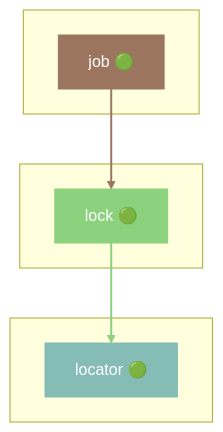
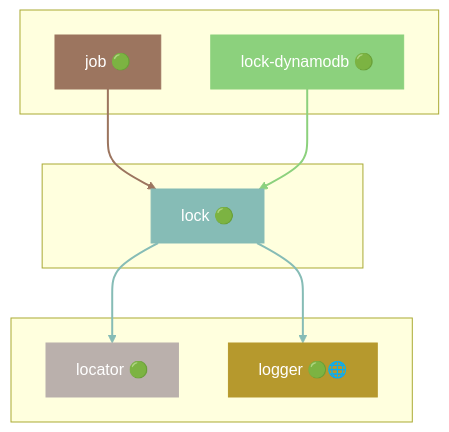
One commit to grest-ts/grest-ts changed diagram 30 of 48 in docs/DEPENDENCIES.md. Above: the diagram before and after it, drawn with Mermaid. The commit also changed other lines of this file and 54 other files, not shown here.

First line of the commit message:
lock as the foundation: @grest-ts/lock-dynamodb, withLock, release cooldown; job takes any GGLock

````diff
--- a/docs/DEPENDENCIES.md
+++ b/docs/DEPENDENCIES.md
@@ -1575,19 +1563,27 @@
 ```mermaid
 flowchart TB
     subgraph Dependents[" "]
         job["job 🟢"]
+        lock-dynamodb["lock-dynamodb 🟢"]
     end
     subgraph Package[" "]
         lock["lock 🟢"]
     end
     subgraph Dependencies[" "]
         locator["locator 🟢"]
+        logger["logger 🟢🌐"]
     end
     job --> lock
+    lock-dynamodb --> lock
     lock --> locator
-    style lock fill:#8CD17D,stroke:#8CD17D,color:#fff
+    lock --> logger
+    style lock fill:#86BCB6,stroke:#86BCB6,color:#fff
     style job fill:#9C755F,stroke:#9C755F,color:#fff
-    style locator fill:#86BCB6,stroke:#86BCB6,color:#fff
+    style lock-dynamodb fill:#8CD17D,stroke:#8CD17D,color:#fff
+    style locator fill:#BAB0AC,stroke:#BAB0AC,color:#fff
+    style logger fill:#B6992D,stroke:#B6992D,color:#fff
     linkStyle 0 stroke:#9C755F,stroke-width:2px
     linkStyle 1 stroke:#8CD17D,stroke-width:2px
+    linkStyle 2 stroke:#86BCB6,stroke-width:2px
+    linkStyle 3 stroke:#86BCB6,stroke-width:2px
 ```
````
